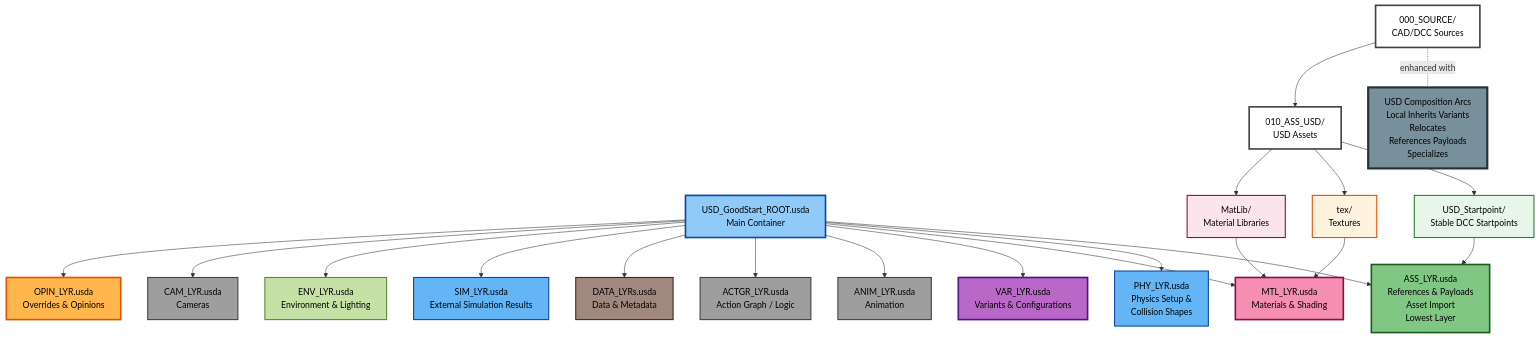
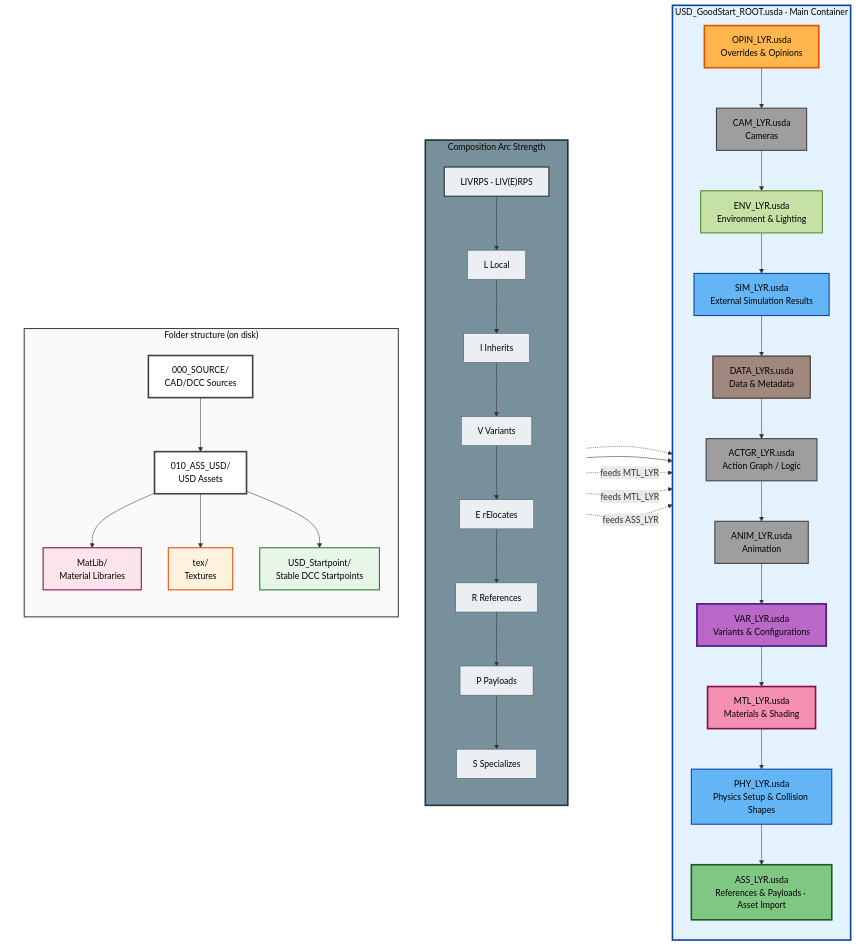
The diagram in README.md (jph2/USD_GoodStart), drawn with Mermaid before and after one commit.

Commit message:
docs: rework Quick Structure Mermaid diagram for layer stack clarity
Replace the radial root diagram with a left-to-right layout: folder structure and LIV(E)RPS on the left, vertical subLayer stack in the root container on the right.

````diff
--- a/README.md
+++ b/README.md
@@ -75,29 +75,82 @@
 ```mermaid
-graph TD
-    Root[USD_GoodStart_ROOT.usda<br/>Main Container] --> Opinion[OPIN_LYR.usda<br/>Overrides & Opinions]
-    Root --> Camera[CAM_LYR.usda<br/>Cameras]
-    Root --> Env[ENV_LYR.usda<br/>Environment & Lighting]
-    Root --> Sim[SIM_LYR.usda<br/>External Simulation Results]
-    Root --> Data[DATA_LYRs.usda<br/>Data & Metadata]
-    Root --> Actgr[ACTGR_LYR.usda<br/>Action Graph / Logic]
-    Root --> Anim[ANIM_LYR.usda<br/>Animation]
-    Root --> Variant[VAR_LYR.usda<br/>Variants & Configurations]
-    Root --> Material[MTL_LYR.usda<br/>Materials & Shading]
-    Root --> Physics[PHY_LYR.usda<br/>Physics Setup &<br/>Collision Shapes]
-    Root --> Asset[ASS_LYR.usda<br/>References & Payloads<br/>Asset Import<br/>Lowest Layer]
-    
-    Source[000_SOURCE/<br/>CAD/DCC Sources] --> Assets[010_ASS_USD/<br/>USD Assets]
-    Assets --> MatLib[MatLib/<br/>Material Libraries]
-    Assets --> Tex[tex/<br/>Textures]
-    Assets --> Startpoint[USD_Startpoint/<br/>Stable DCC Startpoints]
-    
-    Startpoint --> Asset
-    MatLib --> Material
-    Tex --> Material
-    
-    Source -.-|enhanced with| Composition[USD Composition Arcs<br/>Local Inherits Variants<br/>Relocates<br/>References Payloads<br/>Specializes]
-    
-    style Root fill:#90caf9,stroke:#0d47a1,stroke-width:3px,color:#000
+flowchart LR
+    subgraph LeftColumn[" "]
+        direction TB
+        subgraph LIVRPSBox["Composition Arc Strength"]
+            direction TB
+            LIVHdr["LIVRPS · LIV(E)RPS"]
+            ArcL["L Local"]
+            ArcI["I Inherits"]
+            ArcV["V Variants"]
+            ArcE["E rElocates"]
+            ArcR["R References"]
+            ArcP["P Payloads"]
+            ArcS["S Specializes"]
+            LIVHdr --> ArcL
+            ArcL --> ArcI
+            ArcI --> ArcV
+            ArcV --> ArcE
+            ArcE --> ArcR
+            ArcR --> ArcP
+            ArcP --> ArcS
+        end
+        subgraph DiskSources["Folder structure (on disk)"]
+            direction TB
+            Source[000_SOURCE/<br/>CAD/DCC Sources]
+            Assets[010_ASS_USD/<br/>USD Assets]
+            MatLib[MatLib/<br/>Material Libraries]
+            Tex[tex/<br/>Textures]
+            Startpoint[USD_Startpoint/<br/>Stable DCC Startpoints]
+            Source --> Assets
+            Assets --> MatLib
+            Assets --> Tex
+            Assets --> Startpoint
+        end
+    end
+
+    subgraph RootContainer["USD_GoodStart_ROOT.usda · Main Container"]
+        direction TB
+        Opinion[OPIN_LYR.usda<br/>Overrides & Opinions]
+        Camera[CAM_LYR.usda<br/>Cameras]
+        Env[ENV_LYR.usda<br/>Environment & Lighting]
+        Sim[SIM_LYR.usda<br/>External Simulation Results]
+        Data[DATA_LYRs.usda<br/>Data & Metadata]
+        Actgr[ACTGR_LYR.usda<br/>Action Graph / Logic]
+        Anim[ANIM_LYR.usda<br/>Animation]
+        Variant[VAR_LYR.usda<br/>Variants & Configurations]
+        Material[MTL_LYR.usda<br/>Materials & Shading]
+        Physics[PHY_LYR.usda<br/>Physics Setup & Collision Shapes]
+        Asset[ASS_LYR.usda<br/>References & Payloads · Asset Import]
+        Opinion --> Camera
+        Camera --> Env
+        Env --> Sim
+        Sim --> Data
+        Data --> Actgr
+        Actgr --> Anim
+        Anim --> Variant
+        Variant --> Material
+        Material --> Physics
+        Physics --> Asset
+    end
+
+    LIVRPSBox -.-> RootContainer
+    DiskSources --> RootContainer
+    MatLib -.->|feeds MTL_LYR| RootContainer
+    Tex -.->|feeds MTL_LYR| RootContainer
+    Startpoint -.->|feeds ASS_LYR| RootContainer
+
+    style LeftColumn fill:none,stroke:none,color:#000
+    style RootContainer fill:#e3f2fd,stroke:#0d47a1,stroke-width:3px,color:#000
+    style DiskSources fill:#fafafa,stroke:#424242,stroke-width:2px,color:#000
+    style LIVRPSBox fill:#78909c,stroke:#263238,stroke-width:3px,color:#000
+    style LIVHdr fill:#eceff1,stroke:#263238,stroke-width:2px,color:#000
+    style ArcL fill:#eceff1,stroke:#455a64,stroke-width:1px,color:#000
+    style ArcI fill:#eceff1,stroke:#455a64,stroke-width:1px,color:#000
+    style ArcV fill:#eceff1,stroke:#455a64,stroke-width:1px,color:#000
+    style ArcE fill:#eceff1,stroke:#455a64,stroke-width:1px,color:#000
+    style ArcR fill:#eceff1,stroke:#455a64,stroke-width:1px,color:#000
+    style ArcP fill:#eceff1,stroke:#455a64,stroke-width:1px,color:#000
+    style ArcS fill:#eceff1,stroke:#455a64,stroke-width:1px,color:#000
     style Asset fill:#81c784,stroke:#1b5e20,stroke-width:3px,color:#000
     style Opinion fill:#ffb74d,stroke:#e65100,stroke-width:3px,color:#000
     style Variant fill:#ba68c8,stroke:#4a148c,stroke-width:3px,color:#000
@@ -109,7 +162,6 @@
     style Anim fill:#9e9e9e,stroke:#424242,stroke-width:2px,color:#000
     style Camera fill:#9e9e9e,stroke:#424242,stroke-width:2px,color:#000
     style Physics fill:#64b5f6,stroke:#0d47a1,stroke-width:2px,color:#000
-    style Composition fill:#78909c,stroke:#263238,stroke-width:4px,color:#000
     style Source fill:#ffffff,stroke:#424242,stroke-width:3px,color:#000
     style Assets fill:#ffffff,stroke:#424242,stroke-width:3px,color:#000
     style Startpoint fill:#e8f5e9,stroke:#2e7d32,stroke-width:2px,color:#000
````
